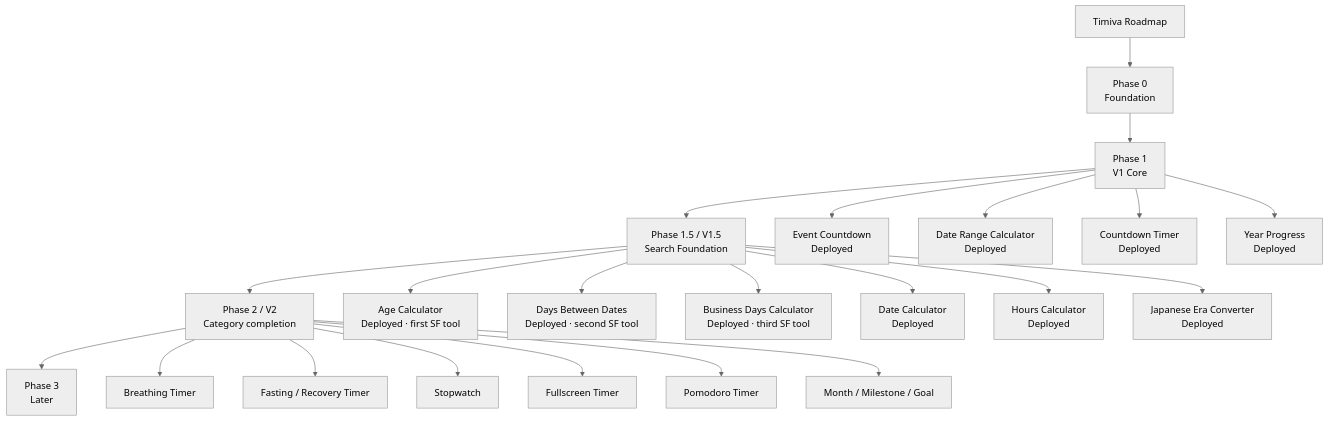
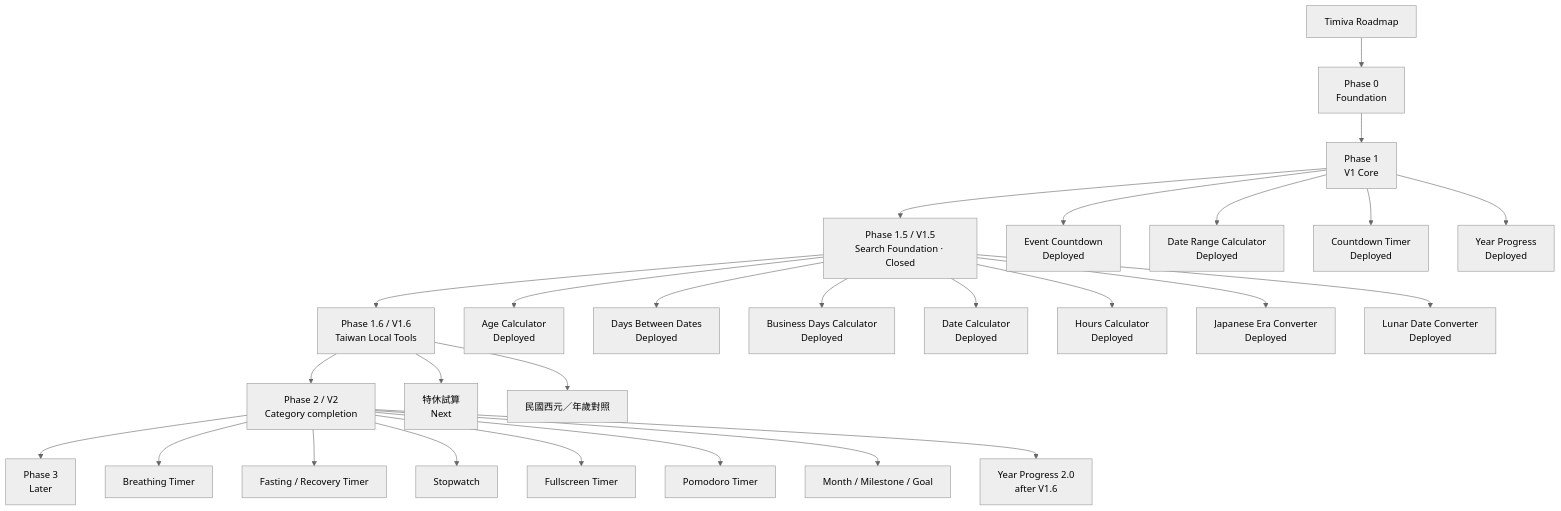
The diagram in docs/core/roadmap.md (jd-jane/Timiva), drawn with Mermaid (neutral theme) before and after one commit. The commit also changed other lines of this file and 6 other files, not shown here.

Commit message:
docs: close V1.5 and open Taiwan local tools

````diff
--- a/docs/core/roadmap.md
+++ b/docs/core/roadmap.md
@@ -35,27 +35,33 @@
 ```mermaid
 flowchart TD
     A[Timiva Roadmap] --> B[Phase 0<br/>Foundation]
     B --> C[Phase 1<br/>V1 Core]
-    C --> D[Phase 1.5 / V1.5<br/>Search Foundation]
-    D --> E[Phase 2 / V2<br/>Category completion]
+    C --> D[Phase 1.5 / V1.5<br/>Search Foundation · Closed]
+    D --> D16[Phase 1.6 / V1.6<br/>Taiwan Local Tools]
+    D16 --> E[Phase 2 / V2<br/>Category completion]
     E --> F[Phase 3<br/>Later]
 
     C --> C1[Event Countdown<br/>Deployed]
     C --> C2[Date Range Calculator<br/>Deployed]
     C --> C3[Countdown Timer<br/>Deployed]
     C --> C4[Year Progress<br/>Deployed]
 
-    D --> D1[Age Calculator<br/>Deployed · first SF tool]
-    D --> D2[Days Between Dates<br/>Deployed · second SF tool]
-    D --> D3[Business Days Calculator<br/>Deployed · third SF tool]
+    D --> D1[Age Calculator<br/>Deployed]
+    D --> D2[Days Between Dates<br/>Deployed]
+    D --> D3[Business Days Calculator<br/>Deployed]
     D --> D4[Date Calculator<br/>Deployed]
     D --> D5[Hours Calculator<br/>Deployed]
     D --> D6[Japanese Era Converter<br/>Deployed]
+    D --> D7[Lunar Date Converter<br/>Deployed]
+
+    D16 --> T1[特休試算<br/>Next]
+    D16 --> T2[民國西元／年歲對照]
 
     E --> E1[Breathing Timer]
     E --> E2[Fasting / Recovery Timer]
     E --> E3[Stopwatch]
     E --> E4[Fullscreen Timer]
     E --> E5[Pomodoro Timer]
     E --> E6[Month / Milestone / Goal]
+    E --> E7[Year Progress 2.0<br/>after V1.6]
 ```
````
